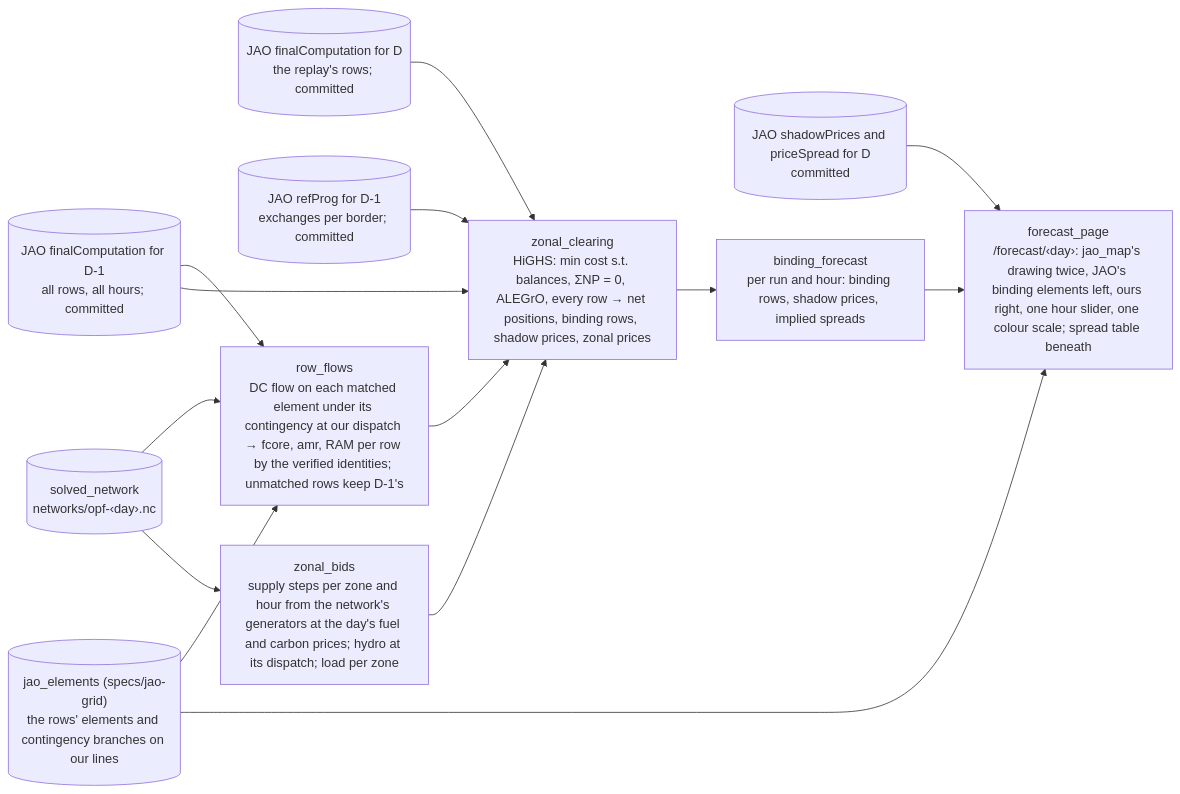
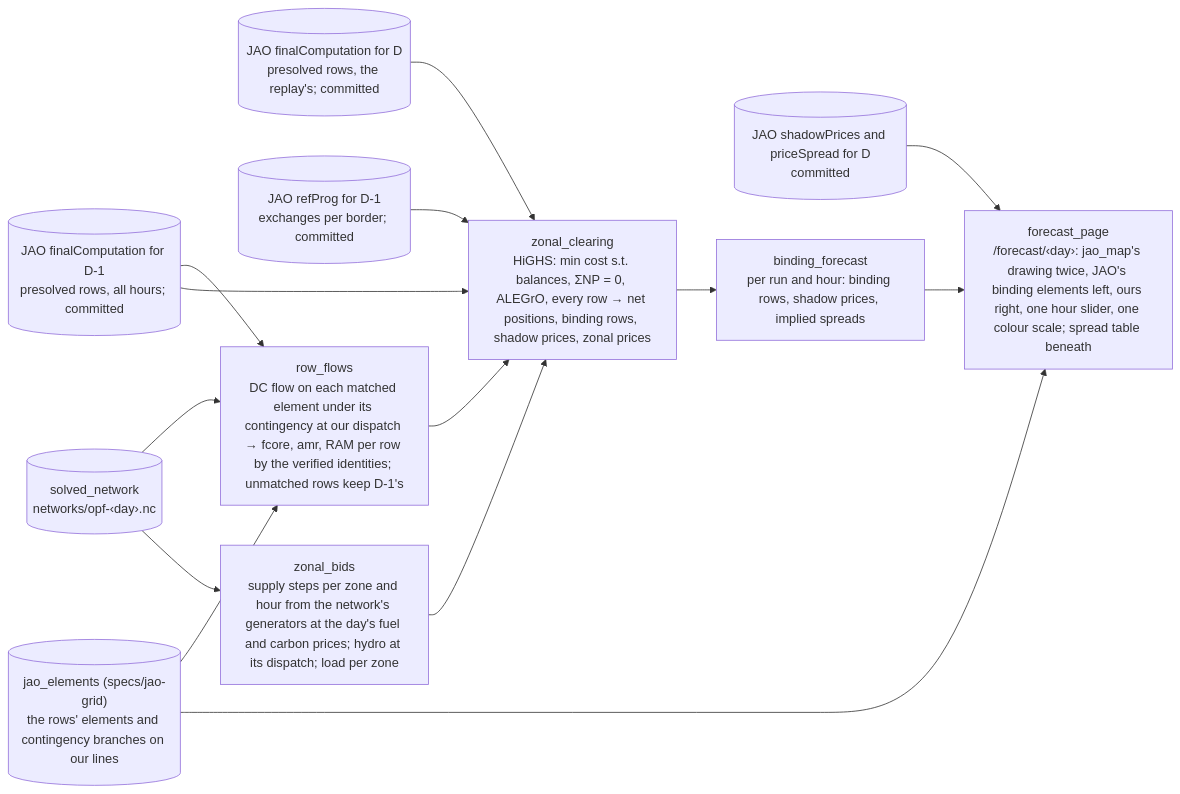
Before and after one commit to zoltanmaric/coppersushi: the diagram in wiki/specs/core-congestion-forecast.md, drawn with Mermaid. The commit also changed other lines of this file, not shown here.

Commit message:
Forecast spec: ALEGrO's exchange is already in the zones' net positions, shown on JAO's numbers; presolved rows throughout
Claude-Session: https://claude.ai/code/session_01CdzMqzZiVQFcL7bXP6a2rH

````diff
--- a/wiki/specs/core-congestion-forecast.md
+++ b/wiki/specs/core-congestion-forecast.md
@@ -45,28 +45,28 @@
 ```mermaid
 flowchart LR
 
-    rows_dm1[("JAO finalComputation for D-1<br/>all rows, all hours; committed")]
-    rows_d[("JAO finalComputation for D<br/>the replay's rows; committed")]
+    rows_dm1[("JAO finalComputation for D-1<br/>presolved rows, all hours; committed")]
+    rows_d[("JAO finalComputation for D<br/>presolved rows, the replay's; committed")]
     truth[("JAO shadowPrices and priceSpread for D<br/>committed")]
     refprog[("JAO refProg for D-1<br/>exchanges per border; committed")]
     grid[("solved_network<br/>networks/opf-‹day›.nc")]
     elements[("jao_elements (specs/jao-grid)<br/>the rows' elements and contingency branches on our lines")]
 
     bids["zonal_bids<br/>supply steps per zone and hour from the network's generators at the day's fuel and carbon prices; hydro at its dispatch; load per zone"]
     flows["row_flows<br/>DC flow on each matched element under its contingency at our dispatch → fcore, amr, RAM per row by the verified identities; unmatched rows keep D-1's"]
     lp["zonal_clearing<br/>HiGHS: min cost s.t. balances, ΣNP = 0, ALEGrO, every row → net positions, binding rows, shadow prices, zonal prices"]
     forecast["binding_forecast<br/>per run and hour: binding rows, shadow prices, implied spreads"]
     page["forecast_page<br/>/forecast/‹day›: jao_map's drawing twice, JAO's binding elements left, ours right, one hour slider, one colour scale; spread table beneath"]
 
     rows_dm1 --> flows
     grid --> flows
     elements --> flows
     flows --> lp
     rows_dm1 --> lp
     rows_d --> lp
     grid --> bids --> lp
     refprog --> lp
     lp --> forecast --> page
     truth --> page
     elements --> page
 ```
````
